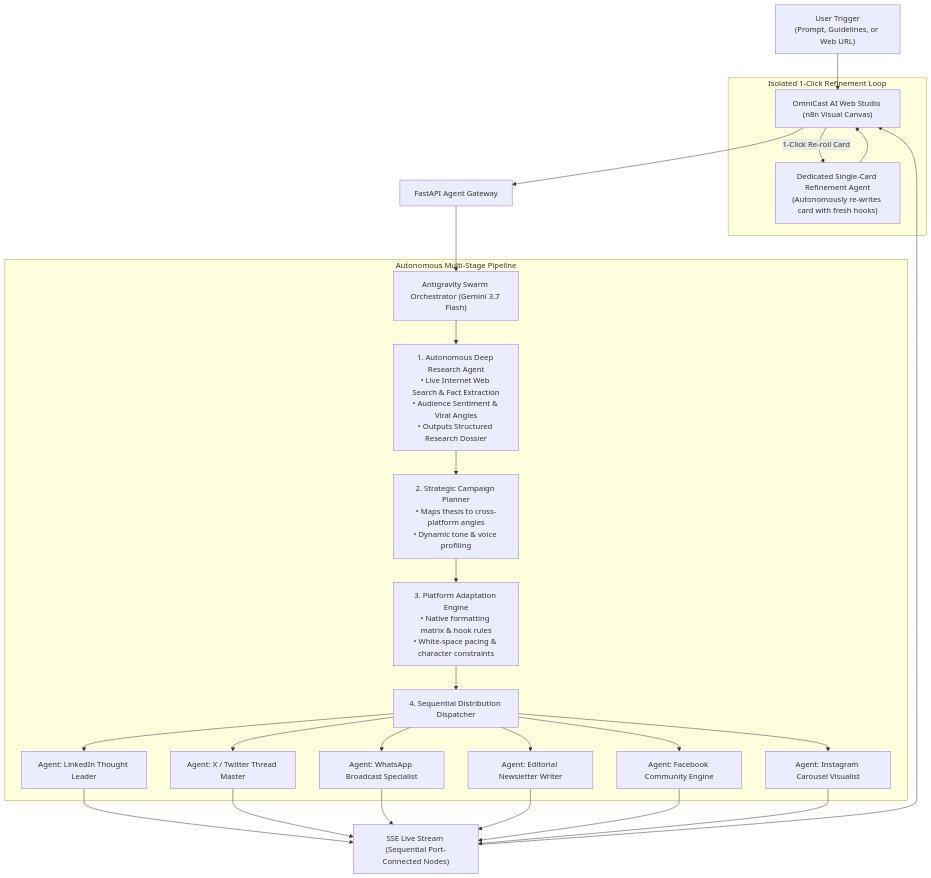
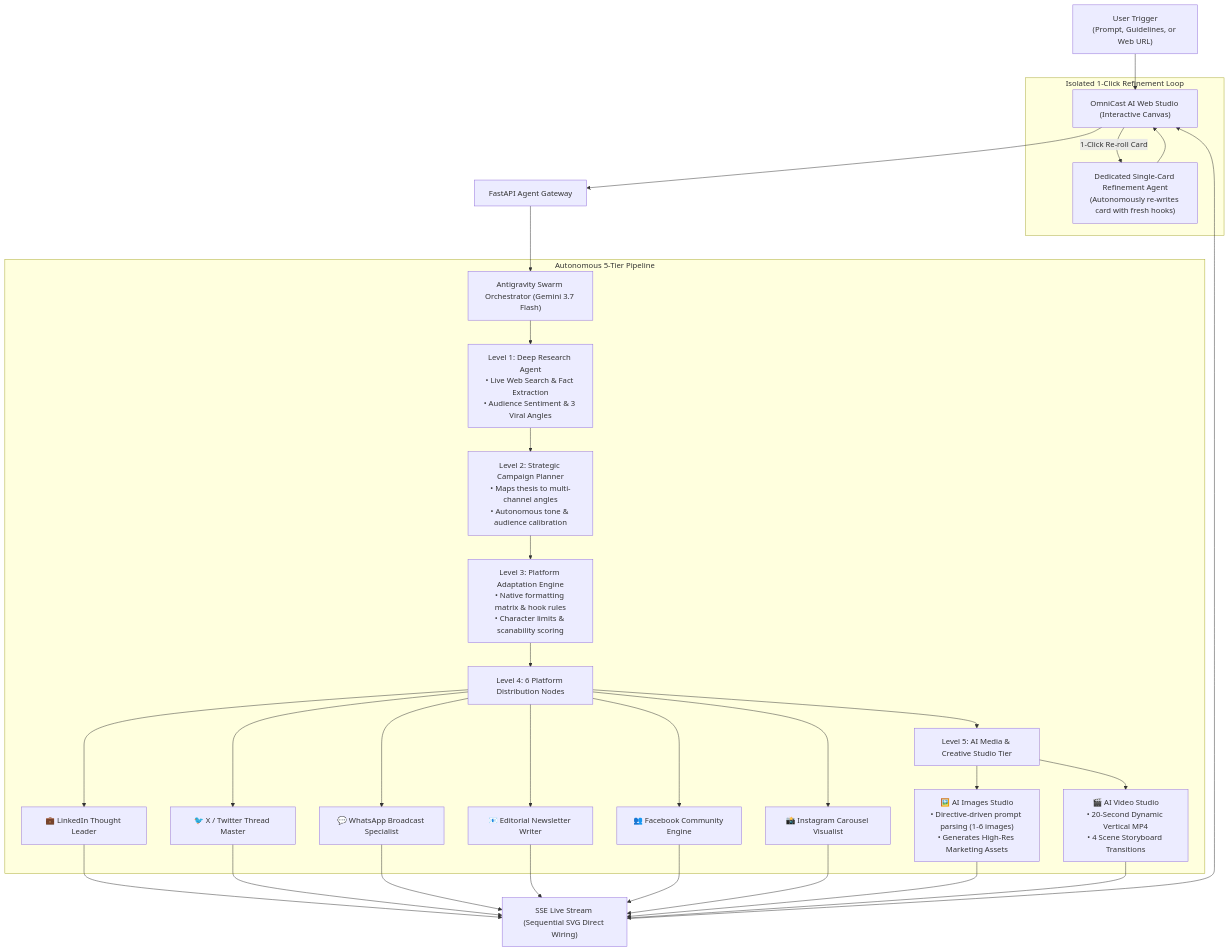
The diagram in README.md (ibrahimdot20/OmniCast-AI), drawn with Mermaid before and after one commit. The commit also changed other lines of this file and 8 other files, not shown here.

Commit message:
feat: complete 11-node autonomous multi-platform content studio swarm with AI Images, Video Studio, dual-bus SVG wiring, and campaign history persistence

````diff
--- a/README.md
+++ b/README.md
@@ -25,31 +25,34 @@
 ```mermaid
 graph TD
-    UserTrigger["User Trigger<br/>(Prompt, Guidelines, or Web URL)"] --> WebStudio["OmniCast AI Web Studio (n8n Visual Canvas)"]
+    UserTrigger["User Trigger<br/>(Prompt, Guidelines, or Web URL)"] --> WebStudio["OmniCast AI Web Studio (Interactive Canvas)"]
     WebStudio --> API["FastAPI Agent Gateway"]
     API --> MasterOrchestrator["Antigravity Swarm Orchestrator (Gemini 3.7 Flash)"]
     
-    subgraph Autonomous Multi-Stage Pipeline
-        MasterOrchestrator --> Stage1["1. Autonomous Deep Research Agent<br/>• Live Internet Web Search & Fact Extraction<br/>• Audience Sentiment & Viral Angles<br/>• Outputs Structured Research Dossier"]
+    subgraph Autonomous 5-Tier Pipeline
+        MasterOrchestrator --> Level1["Level 1: Deep Research Agent<br/>• Live Web Search & Fact Extraction<br/>• Audience Sentiment & 3 Viral Angles"]
         
-        Stage1 --> Stage2["2. Strategic Campaign Planner<br/>• Maps thesis to cross-platform angles<br/>• Dynamic tone & voice profiling"]
+        Level1 --> Level2["Level 2: Strategic Campaign Planner<br/>• Maps thesis to multi-channel angles<br/>• Autonomous tone & audience calibration"]
         
-        Stage2 --> Stage3["3. Platform Adaptation Engine<br/>• Native formatting matrix & hook rules<br/>• White-space pacing & character constraints"]
+        Level2 --> Level3["Level 3: Platform Adaptation Engine<br/>• Native formatting matrix & hook rules<br/>• Character limits & scanability scoring"]
         
-        Stage3 --> SequentialPipeline["4. Sequential Distribution Dispatcher"]
+        Level3 --> Level4["Level 4: 6 Platform Distribution Nodes"]
+        Level4 --> P1["💼 LinkedIn Thought Leader"]
+        Level4 --> P2["🐦 X / Twitter Thread Master"]
+        Level4 --> P3["💬 WhatsApp Broadcast Specialist"]
+        Level4 --> P4["📧 Editorial Newsletter Writer"]
+        Level4 --> P5["👥 Facebook Community Engine"]
+        Level4 --> P6["📸 Instagram Carousel Visualist"]
         
-        SequentialPipeline --> A_LinkedIn["Agent: LinkedIn Thought Leader"]
-        SequentialPipeline --> A_Twitter["Agent: X / Twitter Thread Master"]
-        SequentialPipeline --> A_WhatsApp["Agent: WhatsApp Broadcast Specialist"]
-        SequentialPipeline --> A_Newsletter["Agent: Editorial Newsletter Writer"]
-        SequentialPipeline --> A_Facebook["Agent: Facebook Community Engine"]
-        SequentialPipeline --> A_Instagram["Agent: Instagram Carousel Visualist"]
+        Level4 --> Level5["Level 5: AI Media & Creative Studio Tier"]
+        Level5 --> M1["🖼️ AI Images Studio<br/>• Directive-driven prompt parsing (1-6 images)<br/>• Generates High-Res Marketing Assets"]
+        Level5 --> M2["🎬 AI Video Studio<br/>• 20-Second Dynamic Vertical MP4<br/>• 4 Scene Storyboard Transitions"]
     end
     
-    A_LinkedIn & A_Twitter & A_WhatsApp & A_Newsletter & A_Facebook & A_Instagram --> EventStream["SSE Live Stream (Sequential Port-Connected Nodes)"]
+    P1 & P2 & P3 & P4 & P5 & P6 & M1 & M2 --> EventStream["SSE Live Stream (Sequential SVG Direct Wiring)"]
     EventStream --> WebStudio
     
     subgraph Isolated 1-Click Refinement Loop
         WebStudio -- "1-Click Re-roll Card" --> CardRegenAgent["Dedicated Single-Card Refinement Agent<br/>(Autonomously re-writes card with fresh hooks)"]
         CardRegenAgent --> WebStudio
     end
 ```
````
